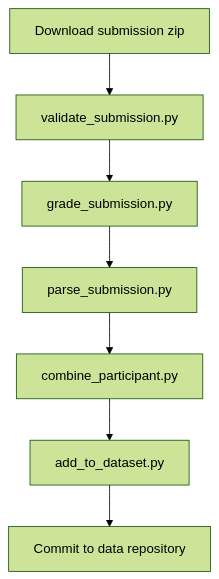
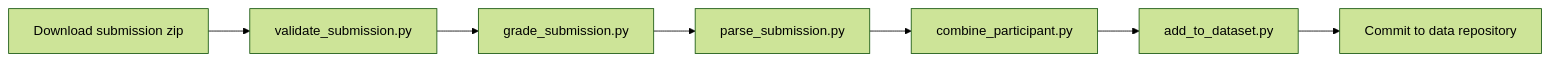
Before and after one commit to sdi2200262/bsc-apm-case-study-infra: the diagram in grader/PIPELINE.md, drawn with Mermaid (forest theme).

Commit message:
chore: change pipeline flowchart to left-to-right orientation

````diff
--- a/grader/PIPELINE.md
+++ b/grader/PIPELINE.md
@@ -44,9 +44,9 @@
 ```mermaid
-flowchart TD
+flowchart LR
     A[Download submission zip] --> B[validate_submission.py]
     B --> C[grade_submission.py]
     C --> D[parse_submission.py]
     D --> E[combine_participant.py]
     E --> F[add_to_dataset.py]
     F --> G[Commit to data repository]
 ```
````
